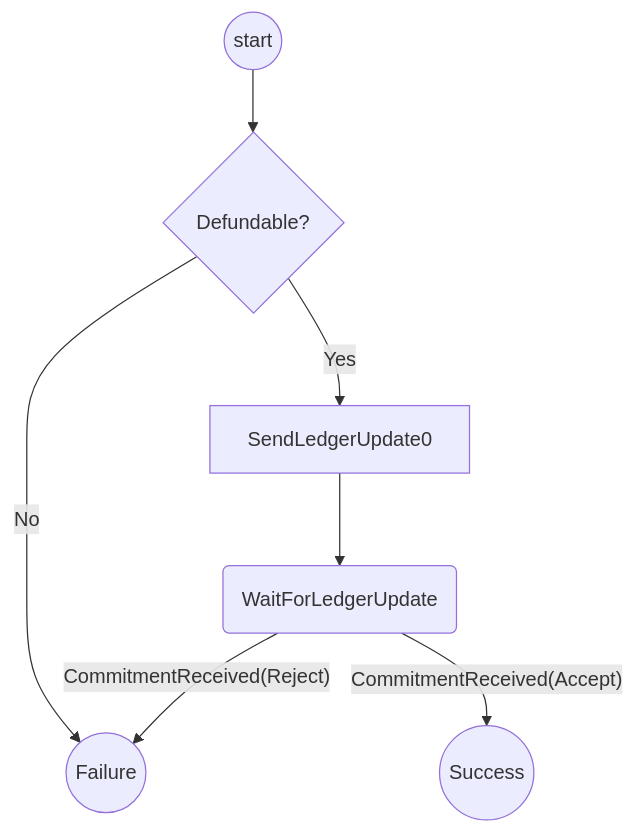
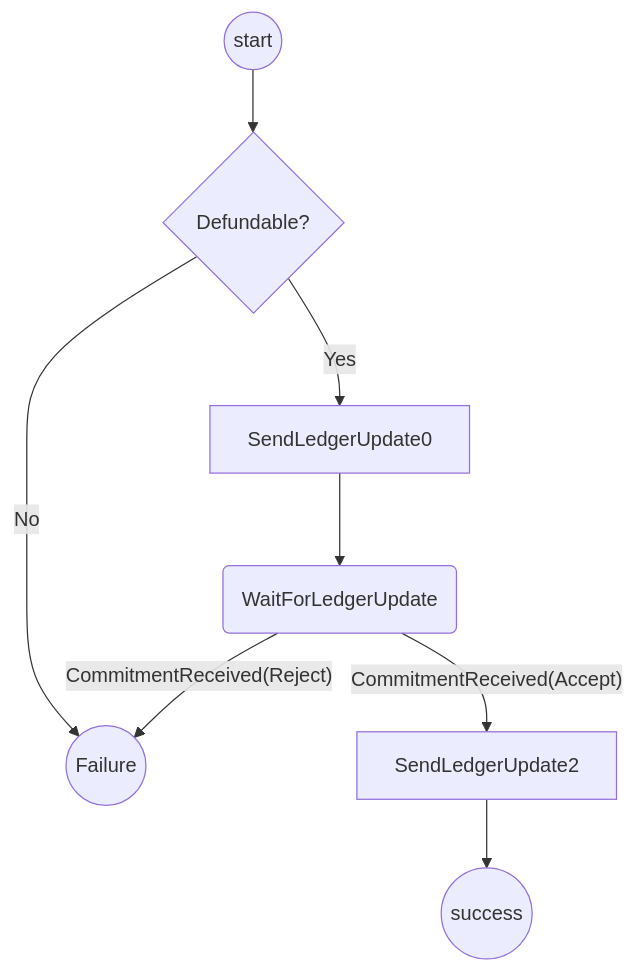
One commit to magmo/apps changed the first of 2 diagrams in packages/wallet/src/redux/protocols/indirect-defunding/readme.md. Above: the diagram before and after it, drawn with Mermaid. The commit also changed other lines of this file, not shown here.

Commit message:
Update readme to wait for final update

````diff
--- a/packages/wallet/src/redux/protocols/indirect-defunding/readme.md
+++ b/packages/wallet/src/redux/protocols/indirect-defunding/readme.md
@@ -15,9 +15,10 @@
 ```mermaid
 graph TD
   St((start))-->DF{Defundable?}
   DF --> |No| F((Failure))
-  DF -->|Yes|SC[SendLedgerUpdate0]
- SC-->WFU(WaitForLedgerUpdate)
-  WFU --> |"CommitmentReceived(Accept)"| Su((Success))
+  DF -->|Yes|SC0[SendLedgerUpdate0]
+  SC0-->WFU(WaitForLedgerUpdate)
+  WFU --> |"CommitmentReceived(Accept)"|SC1[SendLedgerUpdate2]
+  SC1-->S((success))
   WFU --> |"CommitmentReceived(Reject)"| F
 ```
````
